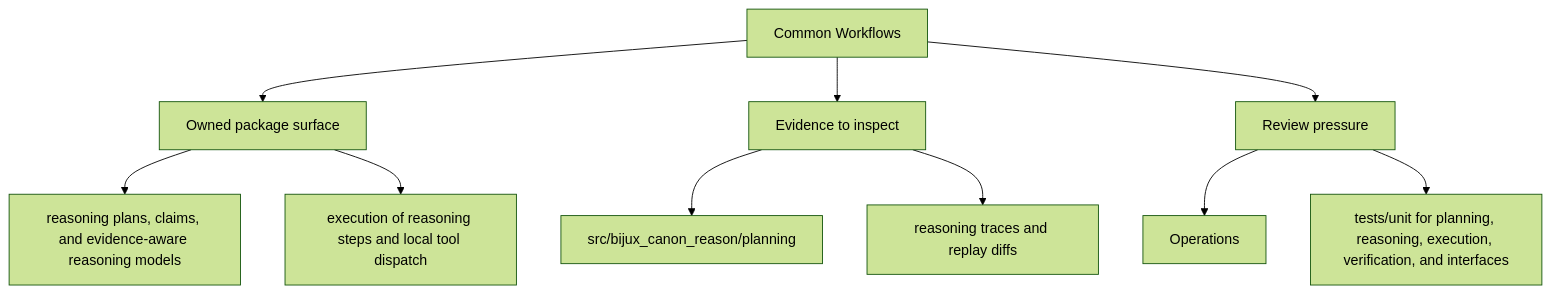
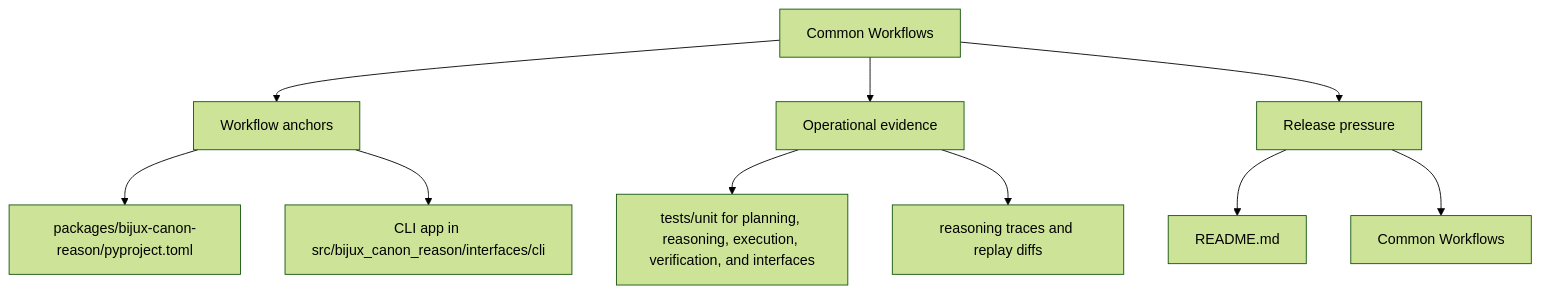
One commit to bijux/bijux-canon changed the second of 2 diagrams in docs/bijux-canon-reason/operations/common-workflows.md. Above: the diagram before and after it, drawn with Mermaid (forest theme). The commit also changed other lines of this file and 250 other files, not shown here.

Commit message:
docs(diagrams): make product page maps more readable

````diff
--- a/docs/bijux-canon-reason/operations/common-workflows.md
+++ b/docs/bijux-canon-reason/operations/common-workflows.md
@@ -34,22 +34,22 @@
 ```mermaid
 flowchart TD
     page["Common Workflows"]
-    focus1["Owned package surface"]
+    focus1["Workflow anchors"]
     page --> focus1
-    focus1_1["reasoning plans, claims, and evidence-aware reasoning models"]
+    focus1_1["packages/bijux-canon-reason/pyproject.toml"]
     focus1 --> focus1_1
-    focus1_2["execution of reasoning steps and local tool dispatch"]
+    focus1_2["CLI app in src/bijux_canon_reason/interfaces/cli"]
     focus1 --> focus1_2
-    focus2["Evidence to inspect"]
+    focus2["Operational evidence"]
     page --> focus2
-    focus2_1["src/bijux_canon_reason/planning"]
+    focus2_1["tests/unit for planning, reasoning, execution, verification, and interfaces"]
     focus2 --> focus2_1
     focus2_2["reasoning traces and replay diffs"]
     focus2 --> focus2_2
-    focus3["Review pressure"]
+    focus3["Release pressure"]
     page --> focus3
-    focus3_1["Operations"]
+    focus3_1["README.md"]
     focus3 --> focus3_1
-    focus3_2["tests/unit for planning, reasoning, execution, verification, and interfaces"]
+    focus3_2["Common Workflows"]
     focus3 --> focus3_2
 ```
````
